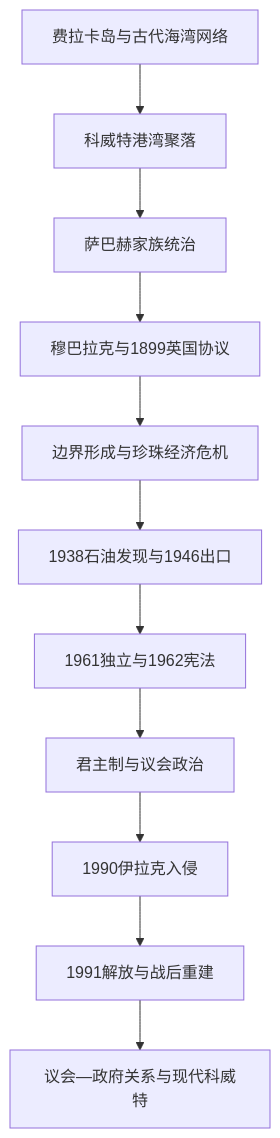
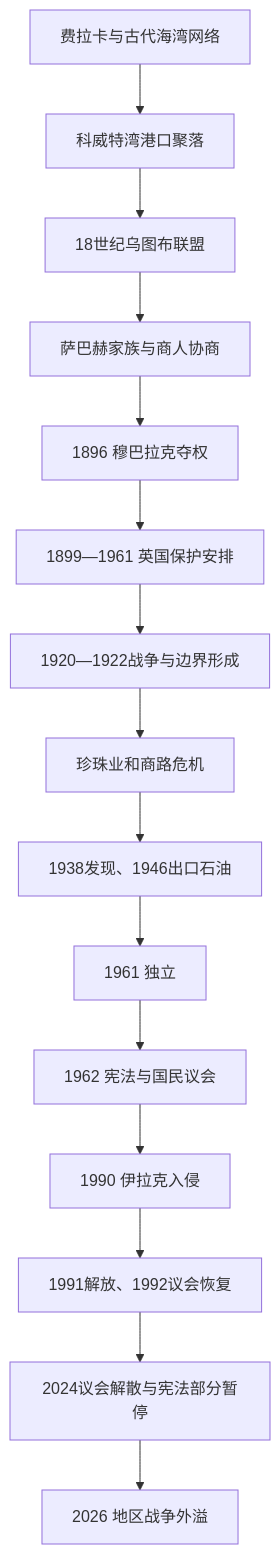
Before and after one commit to tianlan-dev/learning-notes: the diagram in 人文科学/历史/西亚/阿拉伯半岛/科威特/README.md, drawn with Mermaid. The commit also changed other lines of this file and 1417 other files, not shown here.

````diff
--- a/人文科学/历史/西亚/阿拉伯半岛/科威特/README.md
+++ b/人文科学/历史/西亚/阿拉伯半岛/科威特/README.md
@@ -13,13 +14,17 @@
 ```mermaid
 flowchart TD
-    Ancient["费拉卡岛与古代海湾网络"] --> Port["科威特港湾聚落"]
-    Port --> Sabah["萨巴赫家族统治"]
-    Sabah --> Mubarak["穆巴拉克与1899英国协议"]
-    Mubarak --> Borders["边界形成与珍珠经济危机"]
-    Borders --> Oil["1938石油发现与1946出口"]
-    Oil --> Independence["1961独立与1962宪法"]
-    Independence --> Parliament["君主制与议会政治"]
-    Parliament --> Invasion["1990伊拉克入侵"]
-    Invasion --> Liberation["1991解放与战后重建"]
-    Liberation --> Modern["议会—政府关系与现代科威特"]
+    Failaka["费拉卡与古代海湾网络"] --> Port["科威特湾港口聚落"]
+    Port --> Utub["18世纪乌图布联盟"]
+    Utub --> Sabah["萨巴赫家族与商人协商"]
+    Sabah --> Mubarak["1896 穆巴拉克夺权"]
+    Mubarak --> British["1899—1961 英国保护安排"]
+    British --> Borders["1920—1922战争与边界形成"]
+    Borders --> PearlCrash["珍珠业和商路危机"]
+    PearlCrash --> Oil["1938发现、1946出口石油"]
+    Oil --> Independence["1961 独立"]
+    Independence --> Constitution["1962 宪法与国民议会"]
+    Constitution --> Invasion["1990 伊拉克入侵"]
+    Invasion --> Restoration["1991解放、1992议会恢复"]
+    Restoration --> Suspension["2024议会解散与宪法部分暂停"]
+    Suspension --> War["2026 地区战争外溢"]
 ```
````
